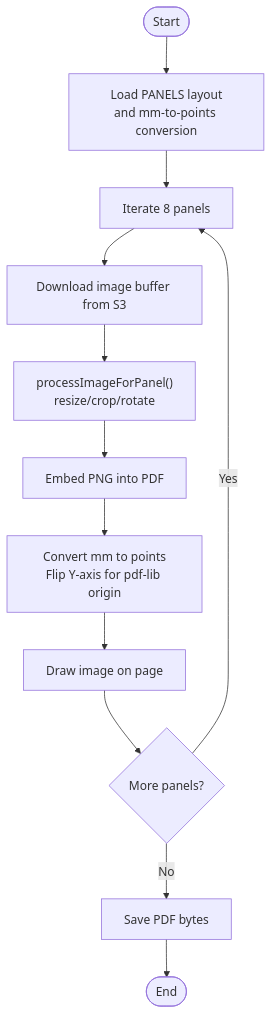
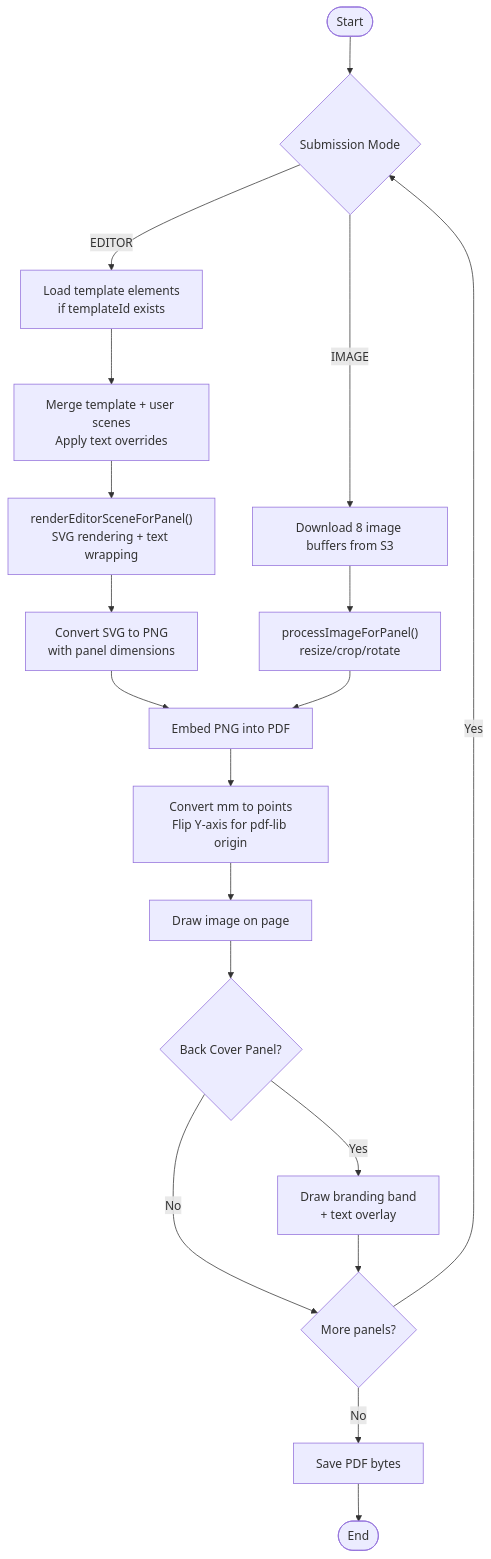
One commit to Crowdspender/titchybooks-app changed the third of 8 diagrams in .qoder/repowiki/en/content/PDF Generation Engine/PDF Generation Engine.md. Above: the diagram before and after it, drawn with Mermaid. The commit also changed other lines of this file and 62 other files, not shown here.

````diff
--- a/.qoder/repowiki/en/content/PDF Generation Engine/PDF Generation Engine.md
+++ b/.qoder/repowiki/en/content/PDF Generation Engine/PDF Generation Engine.md
@@ -141,14 +202,21 @@
 ```mermaid
 flowchart TD
-Start(["Start"]) --> LoadLayout["Load PANELS layout<br/>and mm-to-points conversion"]
-LoadLayout --> IteratePanels["Iterate 8 panels"]
-IteratePanels --> Download["Download image buffer from S3"]
-Download --> Process["processImageForPanel()<br/>resize/crop/rotate"]
-Process --> Embed["Embed PNG into PDF"]
+Start(["Start"]) --> Mode{"Submission Mode"}
+Mode --> |EDITOR| LoadTemplate["Load template elements<br/>if templateId exists"]
+Mode --> |IMAGE| LoadImages["Download 8 image buffers from S3"]
+LoadTemplate --> MergeScenes["Merge template + user scenes<br/>Apply text overrides"]
+MergeScenes --> RenderSVG["renderEditorSceneForPanel()<br/>SVG rendering + text wrapping"]
+RenderSVG --> ProcessSVG["Convert SVG to PNG<br/>with panel dimensions"]
+LoadImages --> ProcessImages["processImageForPanel()<br/>resize/crop/rotate"]
+ProcessSVG --> Embed["Embed PNG into PDF"]
+ProcessImages --> Embed
 Embed --> Position["Convert mm to points<br/>Flip Y-axis for pdf-lib origin"]
 Position --> Draw["Draw image on page"]
-Draw --> Next{"More panels?"}
-Next --> |Yes| IteratePanels
+Draw --> Branding{"Back Cover Panel?"}
+Branding --> |Yes| Brand["Draw branding band<br/>+ text overlay"]
+Branding --> |No| Next{"More panels?"}
+Brand --> Next
+Next --> |Yes| Mode
 Next --> |No| Save["Save PDF bytes"]
 Save --> End(["End"])
 ```
````
